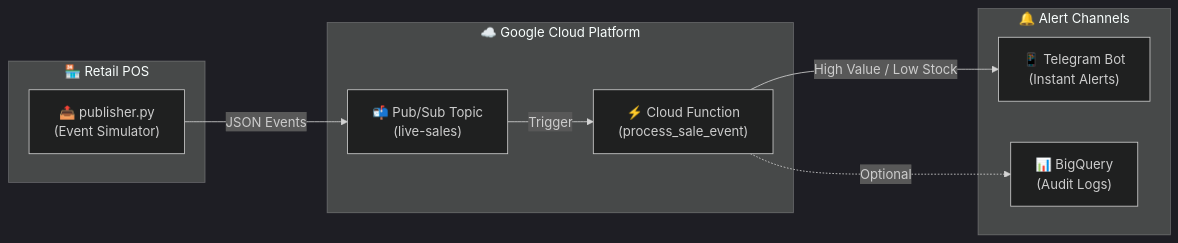
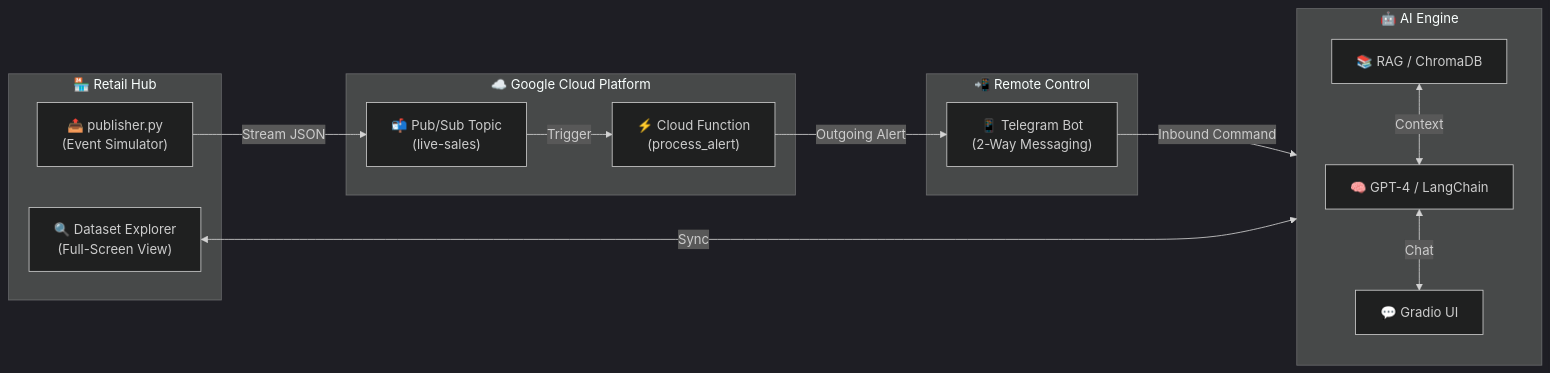
The diagram in README.md (DruboPaul/SmartInventory-AI), drawn with Mermaid (dark theme) before and after one commit. The commit also changed other lines of this file and 11 other files, not shown here.

````diff
--- a/README.md
+++ b/README.md
@@ -14,21 +49,30 @@
 ```mermaid
 flowchart LR
-    subgraph Source["🏪 Retail POS"]
+    subgraph Source["🏪 Retail Hub"]
         PUB["📤 publisher.py<br/>(Event Simulator)"]
+        DAT["🔍 Dataset Explorer<br/>(Full-Screen View)"]
     end
     
     subgraph GCP["☁️ Google Cloud Platform"]
         TOPIC["📬 Pub/Sub Topic<br/>(live-sales)"]
-        CF["⚡ Cloud Function<br/>(process_sale_event)"]
+        CF["⚡ Cloud Function<br/>(process_alert)"]
     end
     
-    subgraph Actions["🔔 Alert Channels"]
-        TG["📱 Telegram Bot<br/>(Instant Alerts)"]
-        BQ["📊 BigQuery<br/>(Audit Logs)"]
+    subgraph AI["🤖 AI Engine"]
+        RAG["📚 RAG / ChromaDB"]
+        LLM["🧠 GPT-4 / LangChain"]
+        UI["💬 Gradio UI"]
     end
     
-    PUB -->|JSON Events| TOPIC
+    subgraph Remote["📲 Remote Control"]
+        TG["📱 Telegram Bot<br/>(2-Way Messaging)"]
+    end
+    
+    PUB -->|Stream JSON| TOPIC
     TOPIC -->|Trigger| CF
-    CF -->|High Value / Low Stock| TG
-    CF -.->|Optional| BQ
+    CF -->|Outgoing Alert| TG
+    TG -->|Inbound Command| AI
+    DAT <-->|Sync| AI
+    RAG <-->|Context| LLM
+    LLM <-->|Chat| UI
 ```
````
